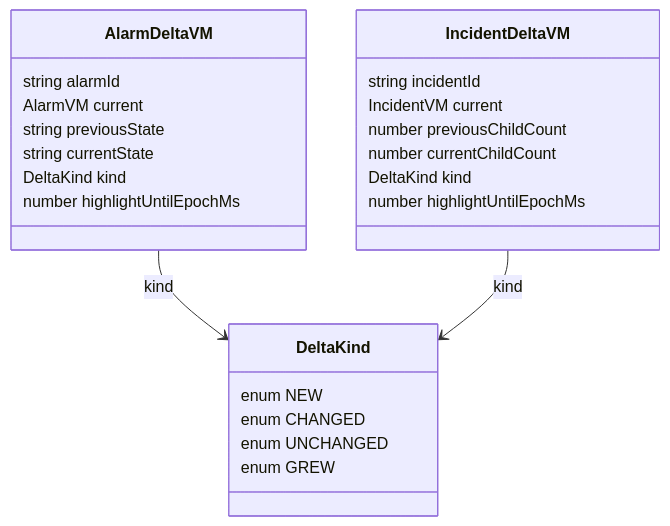
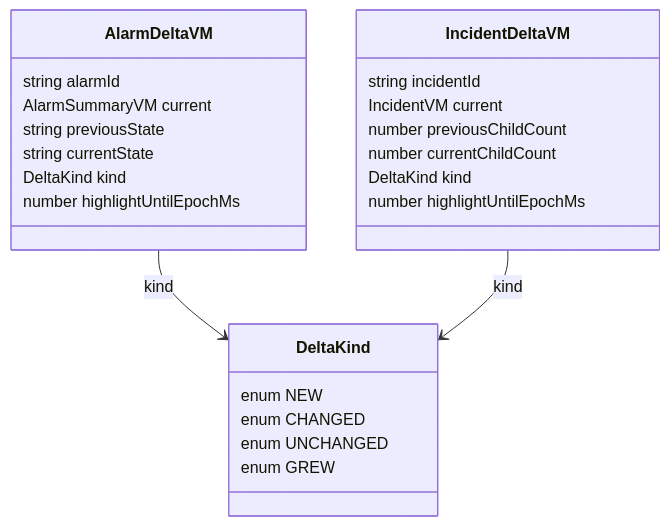
One commit to nikhilmohan/correlation-platform changed the third of 13 diagrams in services/web-ui/design.md. Above: the diagram before and after it, drawn with Mermaid. The commit also changed other lines of this file, not shown here.

````diff
--- a/services/web-ui/design.md
+++ b/services/web-ui/design.md
@@ -270,27 +431,27 @@
 ```mermaid
 classDiagram
   class AlarmDeltaVM {
     string alarmId
-    AlarmVM current
+    AlarmSummaryVM current
     string previousState
     string currentState
     DeltaKind kind
     number highlightUntilEpochMs
   }
   class IncidentDeltaVM {
     string incidentId
     IncidentVM current
     number previousChildCount
     number currentChildCount
     DeltaKind kind
     number highlightUntilEpochMs
   }
   class DeltaKind {
     enum NEW
     enum CHANGED
     enum UNCHANGED
     enum GREW
   }
   AlarmDeltaVM --> DeltaKind : kind
   IncidentDeltaVM --> DeltaKind : kind
 ```
````
